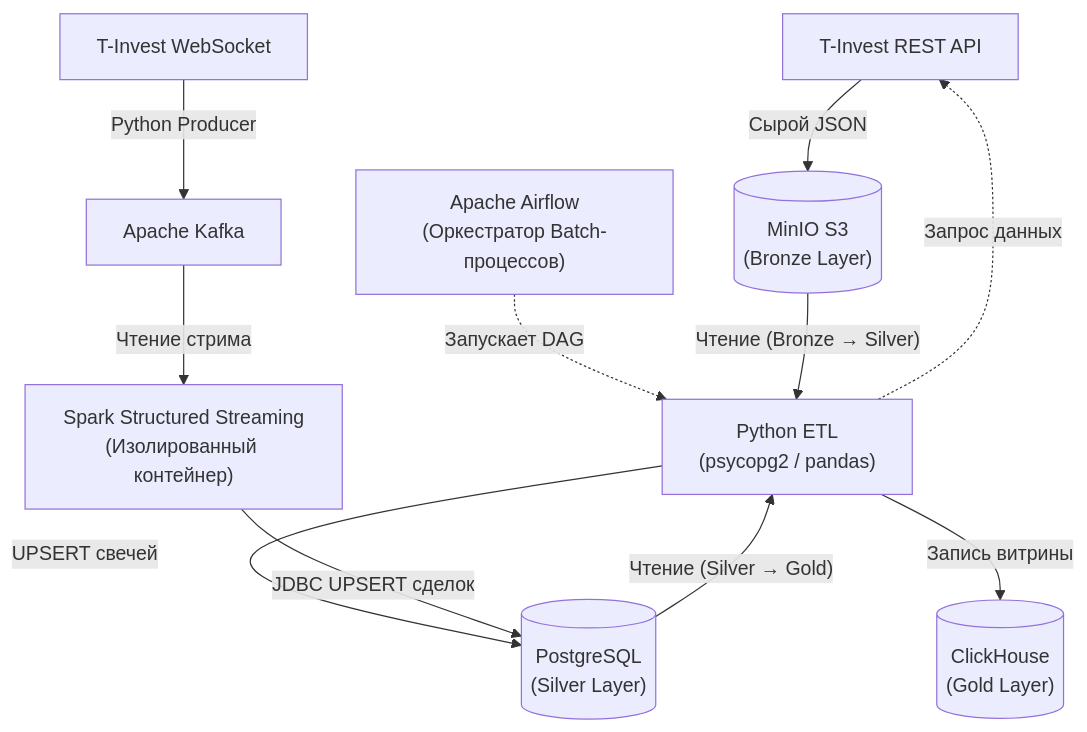
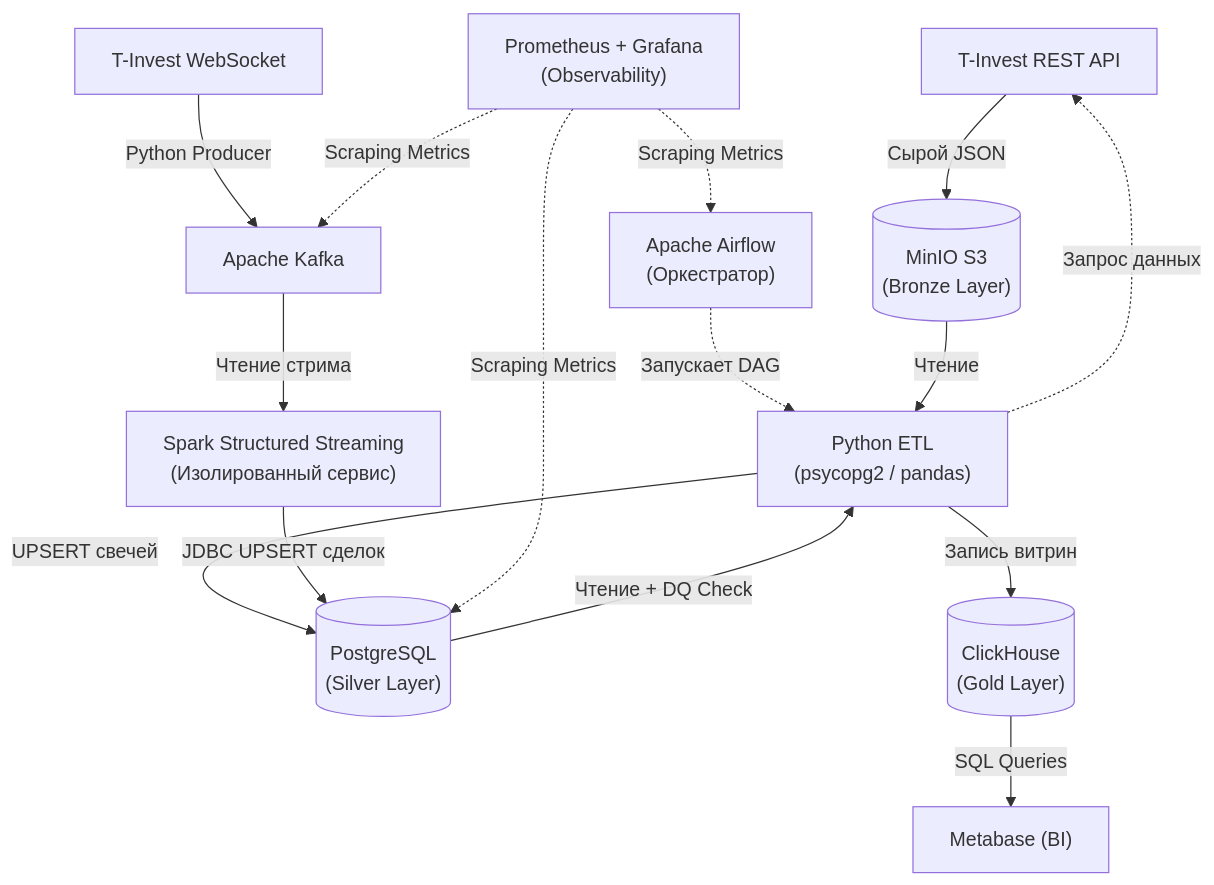
Before and after one commit to Mifestos/tinvest-flow: the first of 2 diagrams in README.md, drawn with Mermaid. The commit also changed other lines of this file and 1 other file, not shown here.

````diff
--- a/README.md
+++ b/README.md
@@ -21,31 +30,41 @@
 ```mermaid
 graph TD
     %% Источники данных
     API_REST["T-Invest REST API"]
     API_WS["T-Invest WebSocket"]
     
     %% Оркестрация и Обработка
-    Airflow["Apache Airflow<br>(Оркестратор Batch-процессов)"]
+    Airflow["Apache Airflow<br>(Оркестратор)"]
     PyBatch["Python ETL<br>(psycopg2 / pandas)"]
     Kafka["Apache Kafka"]
-    Spark_Stream["Spark Structured Streaming<br>(Изолированный контейнер)"]
+    Spark_Stream["Spark Structured Streaming<br>(Изолированный сервис)"]
 
     %% Слои хранения (Medallion Architecture)
     MinIO[("MinIO S3<br>(Bronze Layer)")]
     Postgres[("PostgreSQL<br>(Silver Layer)")]
     ClickHouse[("ClickHouse<br>(Gold Layer)")]
+    
+    %% BI и Мониторинг
+    Metabase["Metabase (BI)"]
+    Prometheus["Prometheus + Grafana<br>(Observability)"]
 
     %% Batch Flow (Управляется Airflow)
     Airflow -.->|"Запускает DAG"| PyBatch
     PyBatch -.->|"Запрос данных"| API_REST
     API_REST -->|"Сырой JSON"| MinIO
-    MinIO -->|"Чтение (Bronze → Silver)"| PyBatch
+    MinIO -->|"Чтение"| PyBatch
     PyBatch -->|"UPSERT свечей"| Postgres
-    Postgres -->|"Чтение (Silver → Gold)"| PyBatch
-    PyBatch -->|"Запись витрины"| ClickHouse
+    Postgres -->|"Чтение + DQ Check"| PyBatch
+    PyBatch -->|"Запись витрин"| ClickHouse
 
     %% Streaming Flow (Работает автономно)
     API_WS -->|"Python Producer"| Kafka
     Kafka -->|"Чтение стрима"| Spark_Stream
     Spark_Stream -->|"JDBC UPSERT сделок"| Postgres
+
+    %% Потребление и Мониторинг
+    ClickHouse -->|"SQL Queries"| Metabase
+    Prometheus -.->|"Scraping Metrics"| Airflow
+    Prometheus -.->|"Scraping Metrics"| Kafka
+    Prometheus -.->|"Scraping Metrics"| Postgres
 ```
````
